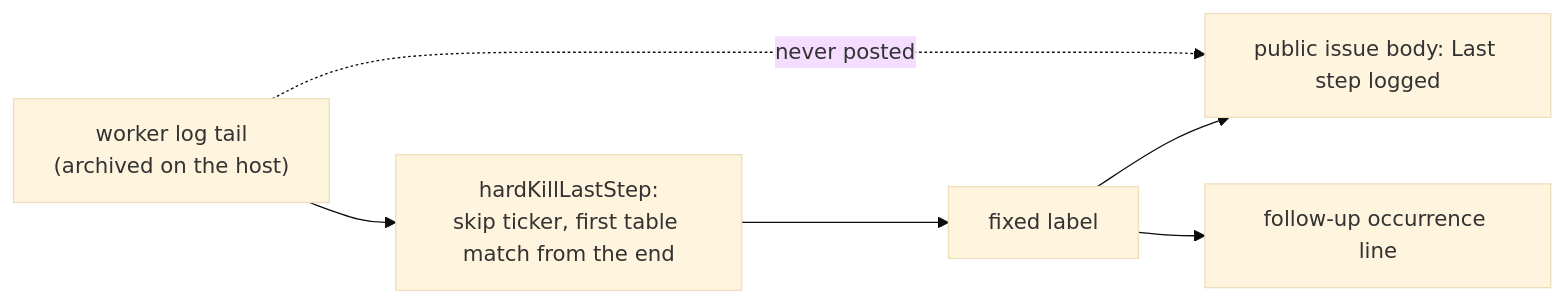
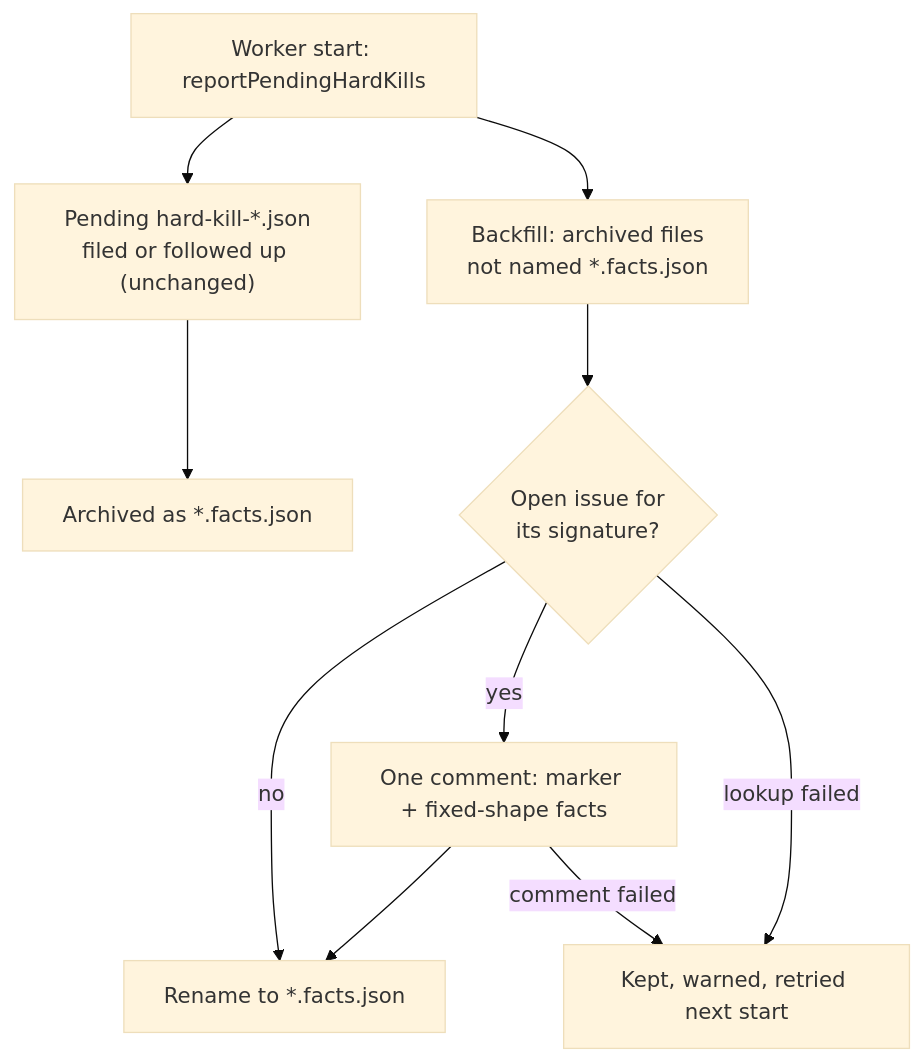
The diagram in docs/archive/pr-summaries/pr-summary-4815.md (stSoftwareAU/VibeCoder), drawn with Mermaid (base theme) before and after one commit. The commit also changed other lines of this file, not shown here.

````diff
--- a/docs/archive/pr-summaries/pr-summary-4815.md
+++ b/docs/archive/pr-summaries/pr-summary-4815.md
@@ -78,8 +88,12 @@
 ```mermaid
-flowchart LR
-    T["worker log tail<br/>(archived on the host)"] --> S["hardKillLastStep:<br/>skip ticker, first table match from the end"]
-    S --> L["fixed label"]
-    L --> B["public issue body: Last step logged"]
-    L --> O["follow-up occurrence line"]
-    T -. "never posted" .-> B
+flowchart TD
+    S["Worker start: reportPendingHardKills"] --> P["Pending hard-kill-*.json<br/>filed or followed up (unchanged)"]
+    P --> A["Archived as *.facts.json"]
+    S --> B["Backfill: archived files<br/>not named *.facts.json"]
+    B --> Q{"Open issue for<br/>its signature?"}
+    Q -- yes --> C["One comment: marker + fixed-shape facts"]
+    C --> M["Rename to *.facts.json"]
+    Q -- no --> M
+    Q -- lookup failed --> K["Kept, warned, retried next start"]
+    C -- comment failed --> K
 ```
````
